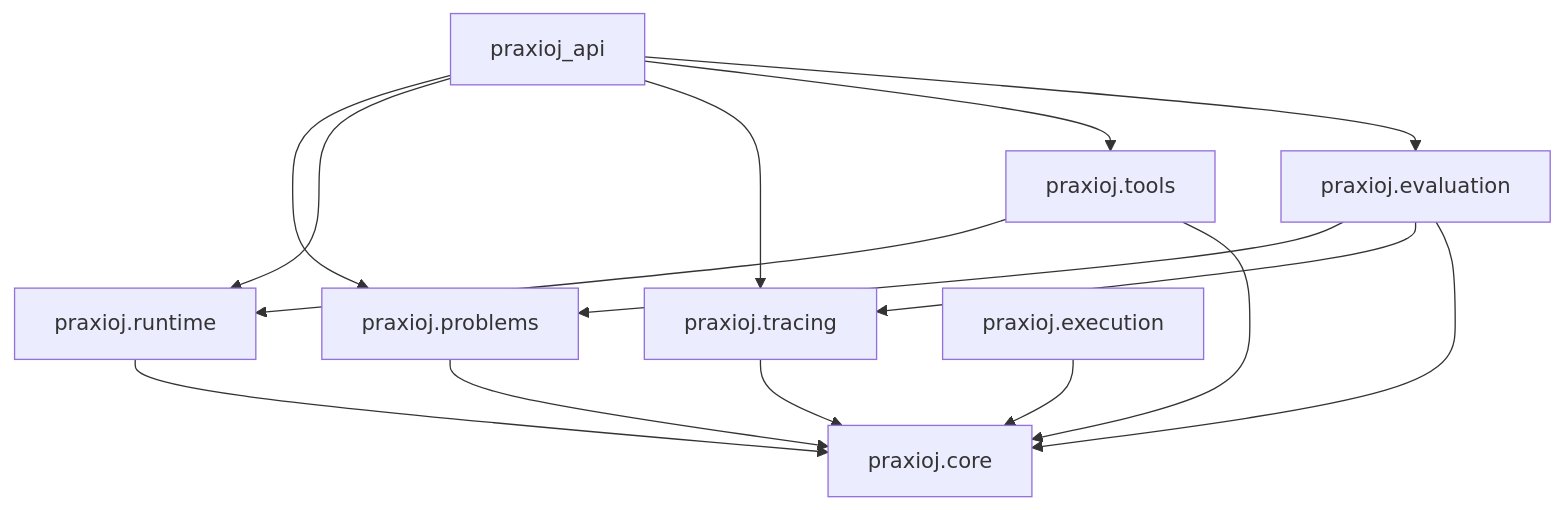
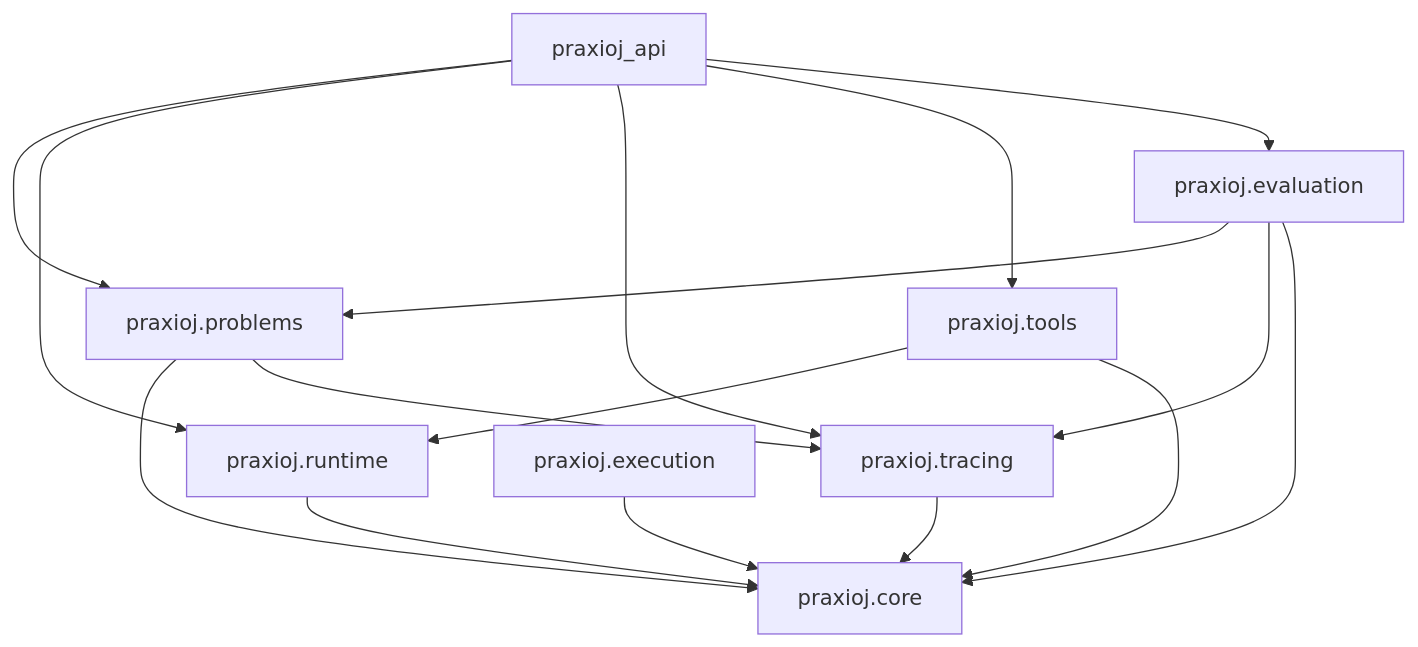
Before and after one commit to casing1/praxioj: the diagram in docs/architecture/module-boundaries.md, drawn with Mermaid. The commit also changed other lines of this file and 75 other files, not shown here.

````diff
--- a/docs/architecture/module-boundaries.md
+++ b/docs/architecture/module-boundaries.md
@@ -15,17 +15,18 @@
 ```mermaid
 flowchart TD
     API[praxioj_api] --> Problems[praxioj.problems]
     API --> Runtime[praxioj.runtime]
     API --> Tracing[praxioj.tracing]
     API --> Tools[praxioj.tools]
     Tools --> Runtime
     Tools --> Core
     API --> Evaluation[praxioj.evaluation]
     Evaluation --> Problems
     Evaluation --> Tracing
     Evaluation --> Core
     Tracing --> Core
     Execution[praxioj.execution] --> Core[praxioj.core]
     Problems --> Core
+    Problems --> Tracing
     Runtime --> Core
 ```
````
